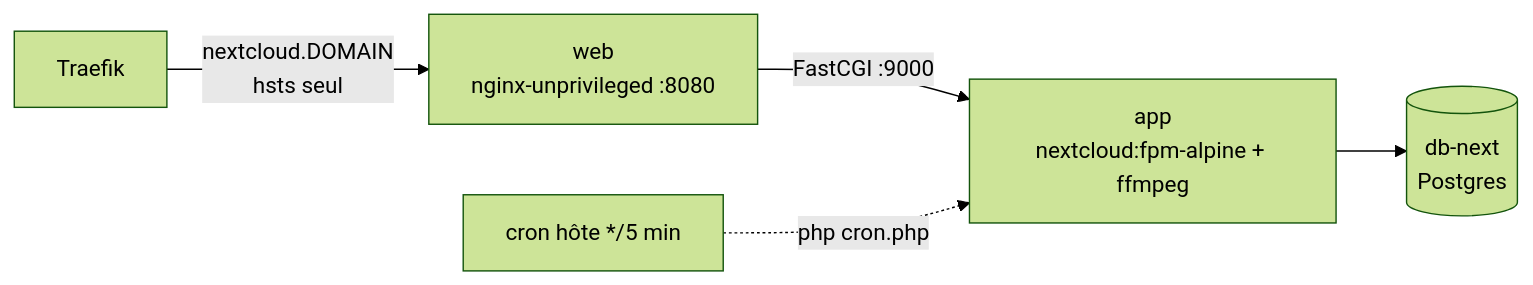
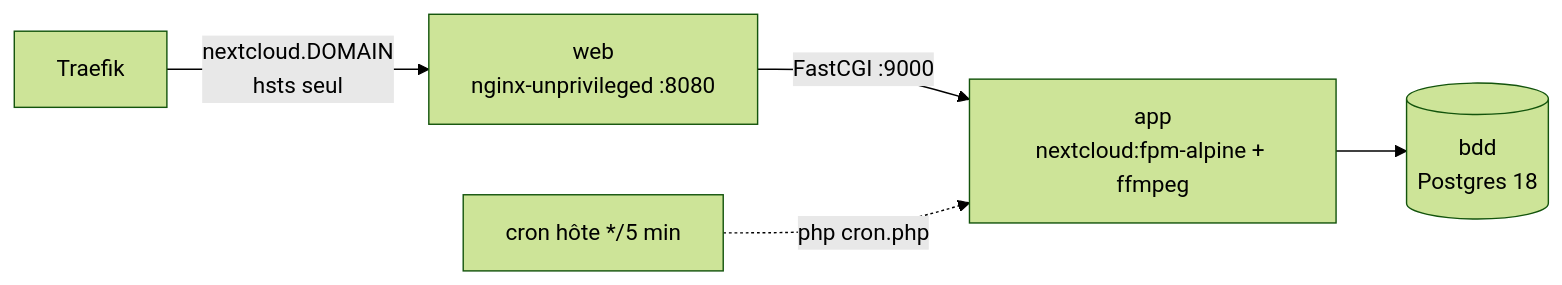
Before and after one commit to nattyebola/home-server-services: the diagram in docs/nextcloud.md, drawn with Mermaid (forest theme). The commit also changed other lines of this file and 11 other files, not shown here.

First line of the commit message:
feat(nextcloud): Postgres 15 → 18, service db-next renommé bdd

````diff
--- a/docs/nextcloud.md
+++ b/docs/nextcloud.md
@@ -11,7 +11,7 @@
 ```mermaid
 flowchart LR
     Traefik -->|"nextcloud.DOMAIN<br>hsts seul"| Web["web<br>nginx-unprivileged :8080"]
     Web -->|"FastCGI :9000"| App["app<br>nextcloud:fpm-alpine + ffmpeg"]
-    App --> DB[("db-next<br>Postgres")]
+    App --> DB[("bdd<br>Postgres 18")]
     Cron["cron hôte */5 min"] -.->|"php cron.php"| App
 ```
````
